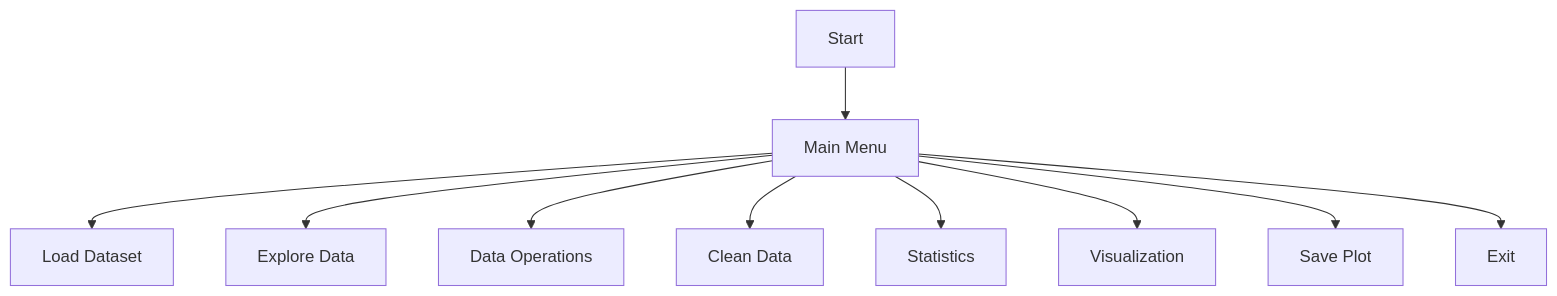
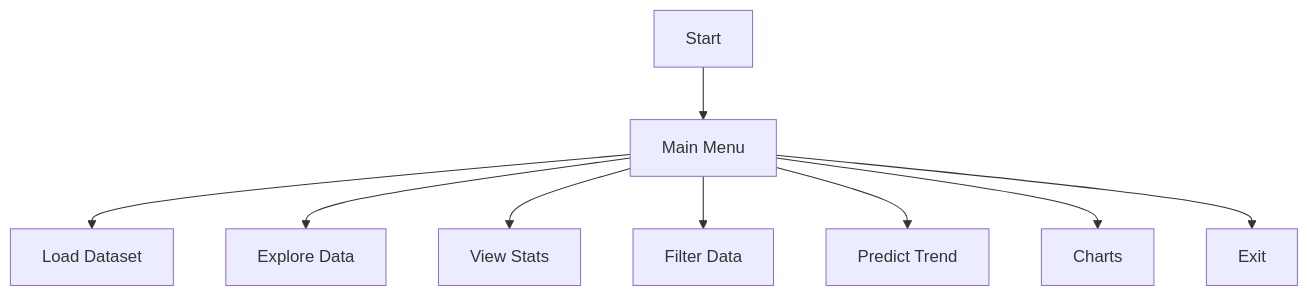
Before and after one commit to dj25325d-gif/BTC-prediction: the diagram in readme.md, drawn with Mermaid. The commit also changed other lines of this file, not shown here.

````diff
--- a/readme.md
+++ b/readme.md
@@ -67,12 +157,11 @@
 ```mermaid
 flowchart TD
 A[Start] --> B[Main Menu]
 B --> C[Load Dataset]
 B --> D[Explore Data]
-B --> E[Data Operations]
-B --> F[Clean Data]
-B --> G[Statistics]
-B --> H[Visualization]
-B --> I[Save Plot]
-B --> J[Exit]
+B --> E[View Stats]
+B --> F[Filter Data]
+B --> G[Predict Trend]
+B --> H[Charts]
+B --> I[Exit]
 ```
````
